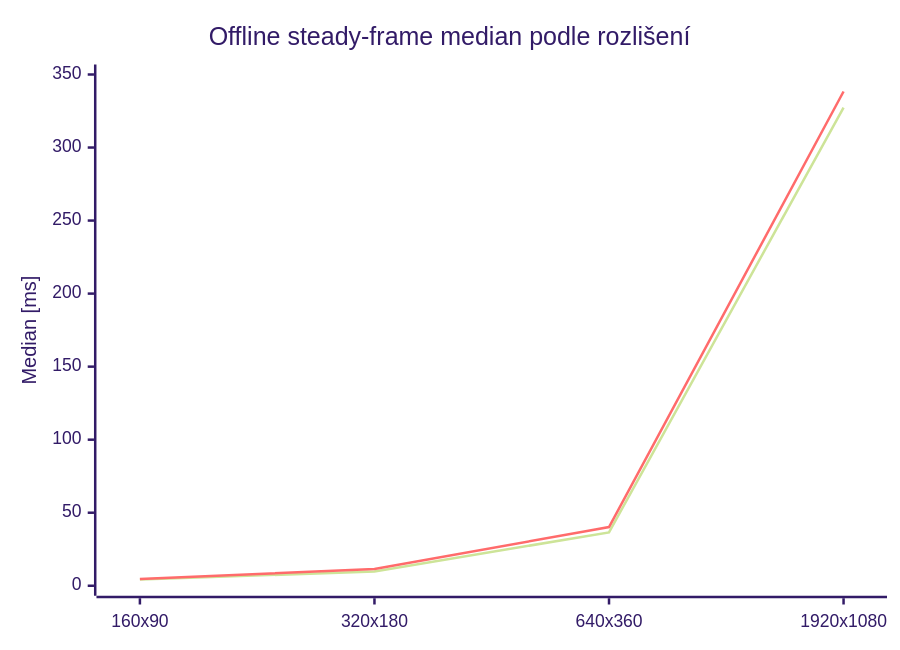
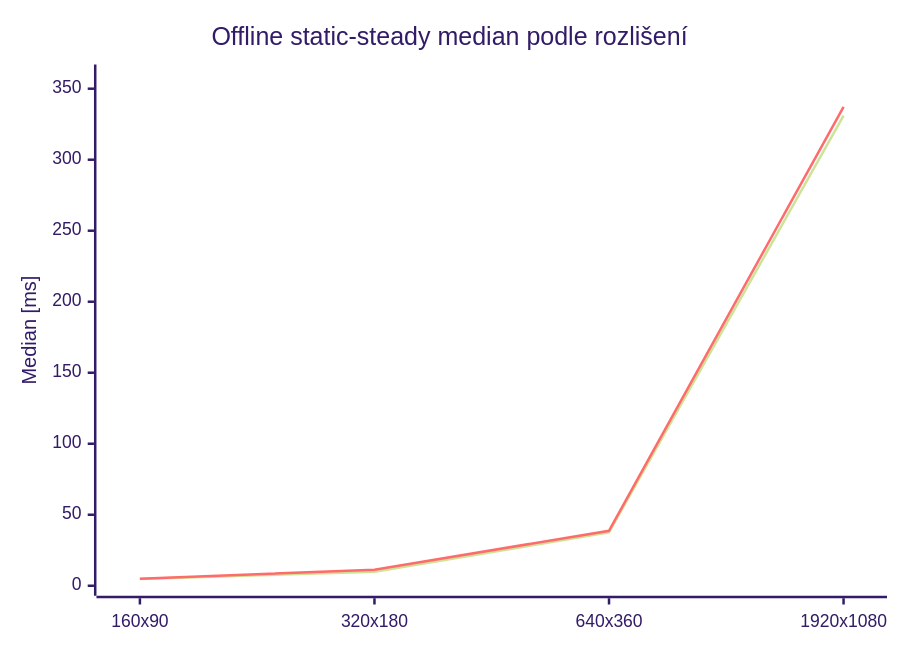
Before and after one commit to Esperosa/3D-Renderer-Josefina---PGR2: the second of 13 diagrams in README.md, drawn with Mermaid (forest theme). The commit also changed other lines of this file and 2 other files, not shown here.

````diff
--- a/README.md
+++ b/README.md
@@ -174,8 +195,8 @@
 ```mermaid
 xychart-beta
-    title "Offline steady-frame median podle rozlišení"
+    title "Offline static-steady median podle rozlišení"
     x-axis ["160x90", "320x180", "640x360", "1920x1080"]
-    y-axis "Median [ms]" 0 --> 350
-    line "Path Tracing" [4.33, 9.73, 36.55, 327.37]
-    line "Ray Tracing" [4.57, 11.43, 40.19, 338.35]
+    y-axis "Median [ms]" 0 --> 360
+    line "Path Tracing" [4.81, 9.92, 37.57, 330.98]
+    line "Ray Tracing" [4.92, 11.32, 38.72, 337.22]
 ```
````
